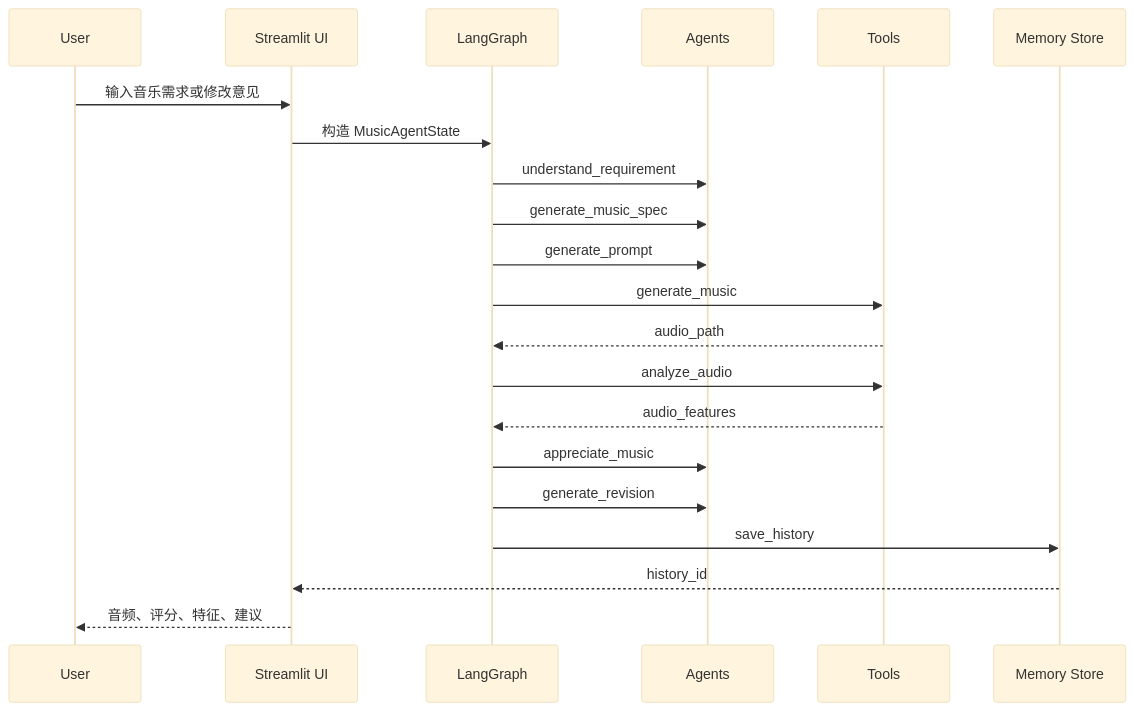
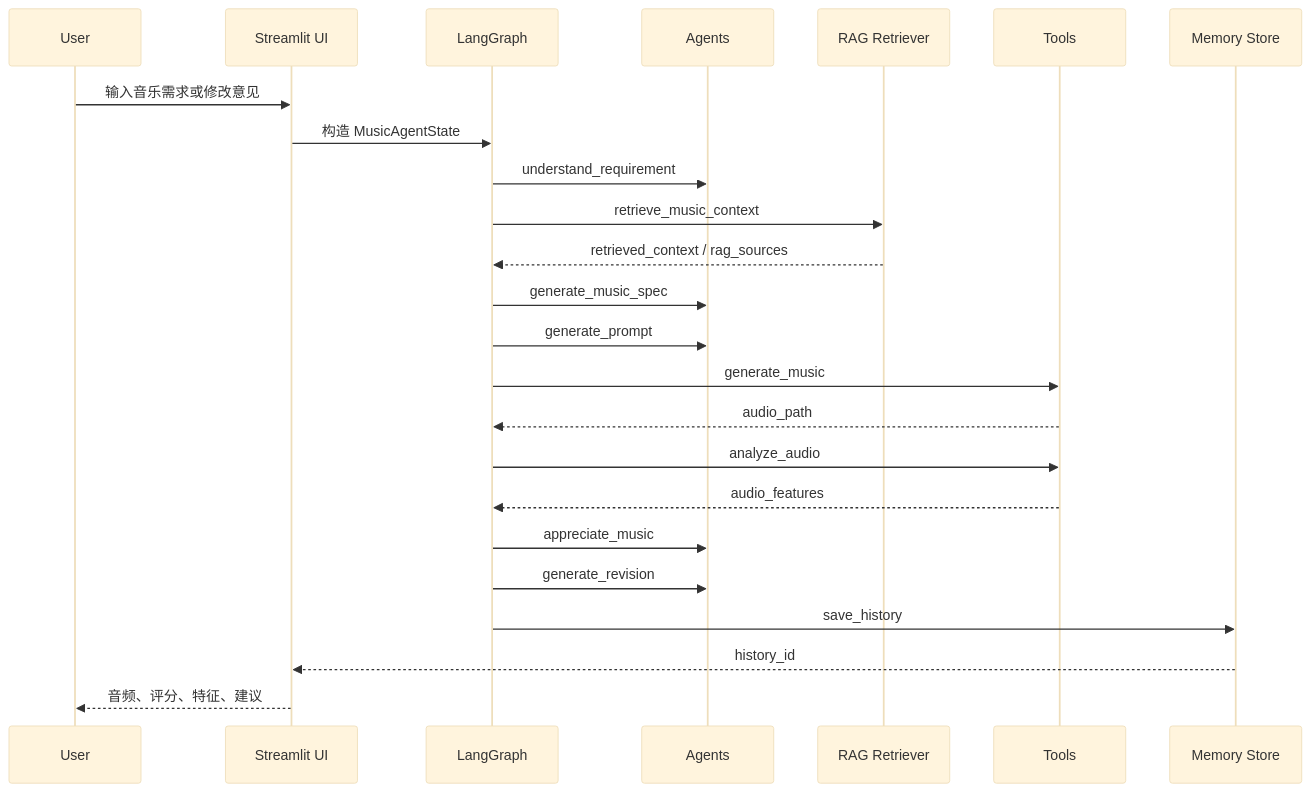
Before and after one commit to yangbiubiu4225-code/cs599-project: the second of 4 diagrams in docs/CS599_大作业报告.md, drawn with Mermaid (base theme). The commit also changed other lines of this file and 12 other files, not shown here.

Commit message:
enhance music rag workflow

````diff
--- a/docs/CS599_大作业报告.md
+++ b/docs/CS599_大作业报告.md
@@ -303,24 +329,27 @@
 ```mermaid
 sequenceDiagram
     participant User as User
     participant UI as Streamlit UI
     participant Graph as LangGraph
     participant Agents as Agents
+    participant RAG as RAG Retriever
     participant Tools as Tools
     participant Store as Memory Store
 
     User->>UI: 输入音乐需求或修改意见
     UI->>Graph: 构造 MusicAgentState
     Graph->>Agents: understand_requirement
+    Graph->>RAG: retrieve_music_context
+    RAG-->>Graph: retrieved_context / rag_sources
     Graph->>Agents: generate_music_spec
     Graph->>Agents: generate_prompt
     Graph->>Tools: generate_music
     Tools-->>Graph: audio_path
     Graph->>Tools: analyze_audio
     Tools-->>Graph: audio_features
     Graph->>Agents: appreciate_music
     Graph->>Agents: generate_revision
     Graph->>Store: save_history
     Store-->>UI: history_id
     UI-->>User: 音频、评分、特征、建议
 ```
````
